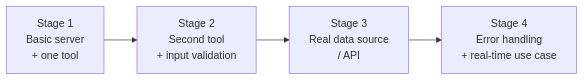
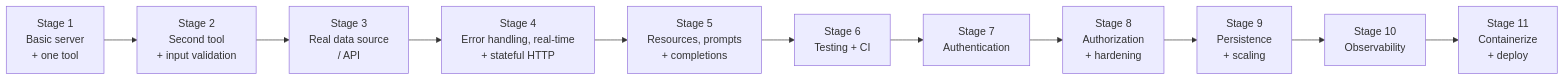
One commit to shadmaanAsif/MCP-Explorer changed the diagram in README.md. Above: the diagram before and after it, drawn with Mermaid. The commit also changed other lines of this file and 9 other files, not shown here.

````diff
--- a/README.md
+++ b/README.md
@@ -226,6 +235,13 @@
 ```mermaid
 flowchart LR
     S1["Stage 1<br/>Basic server<br/>+ one tool"] --> S2["Stage 2<br/>Second tool<br/>+ input validation"]
     S2 --> S3["Stage 3<br/>Real data source<br/>/ API"]
-    S3 --> S4["Stage 4<br/>Error handling<br/>+ real-time use case"]
+    S3 --> S4["Stage 4<br/>Error handling, real-time<br/>+ stateful HTTP"]
+    S4 --> S5["Stage 5<br/>Resources, prompts<br/>+ completions"]
+    S5 --> S6["Stage 6<br/>Testing + CI"]
+    S6 --> S7["Stage 7<br/>Authentication"]
+    S7 --> S8["Stage 8<br/>Authorization<br/>+ hardening"]
+    S8 --> S9["Stage 9<br/>Persistence<br/>+ scaling"]
+    S9 --> S10["Stage 10<br/>Observability"]
+    S10 --> S11["Stage 11<br/>Containerize<br/>+ deploy"]
 ```
````
